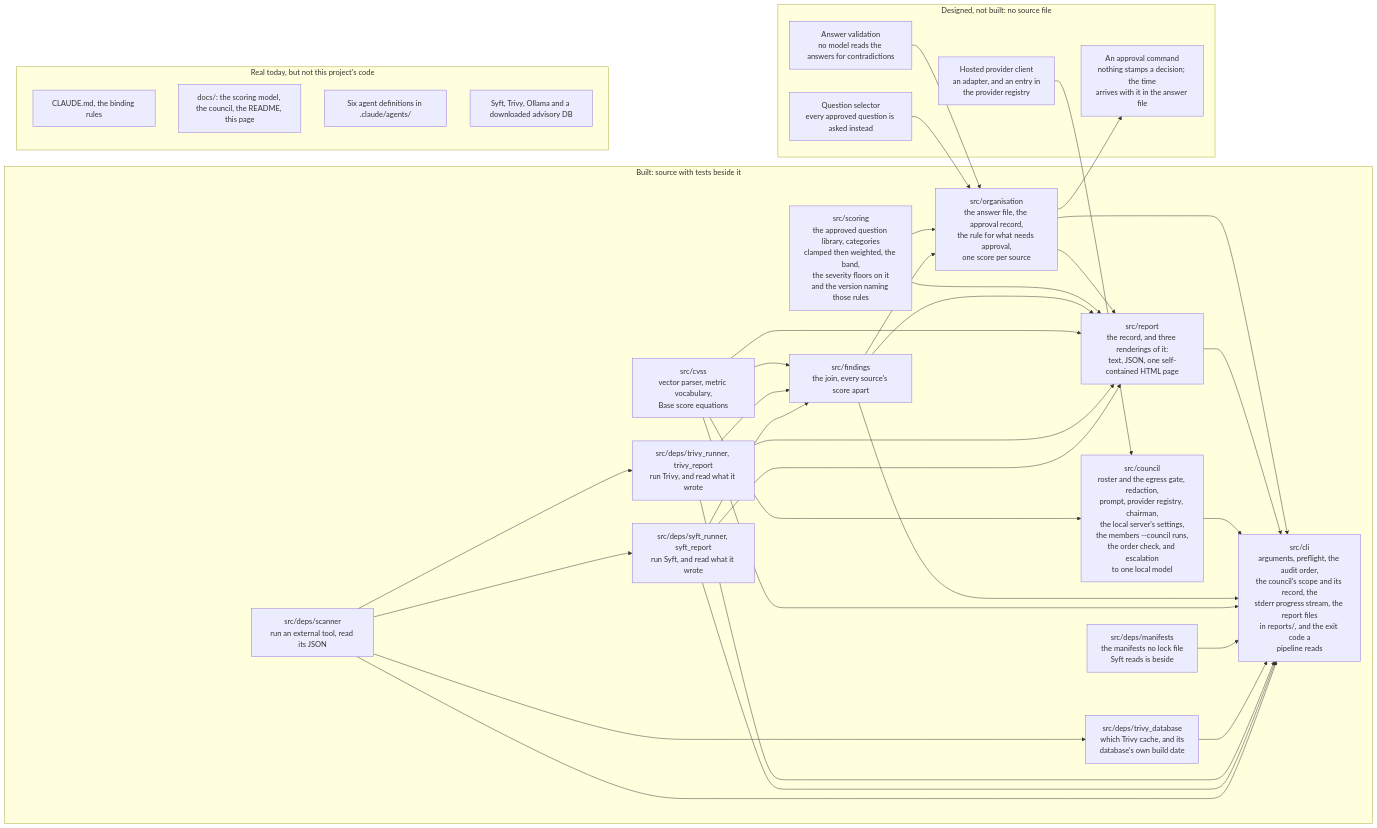
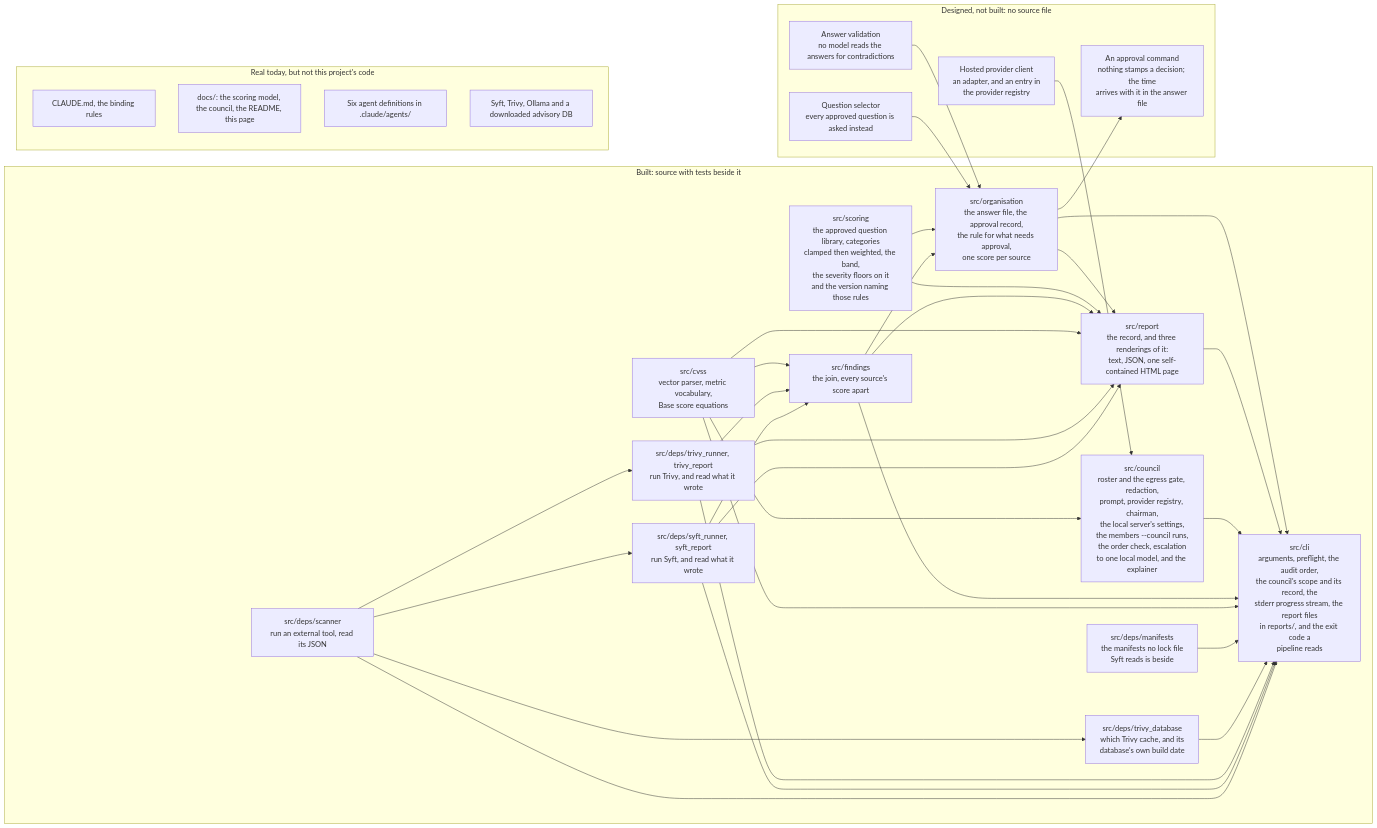
The fifth of 5 diagrams in docs/diagrams.md (heinthtnaung/AgenticLLMAppAuditor), drawn with Mermaid before and after one commit. The commit also changed other lines of this file and 47 other files, not shown here.

````diff
--- a/docs/diagrams.md
+++ b/docs/diagrams.md
@@ -555,61 +576,61 @@
 ```mermaid
 flowchart LR
     subgraph BUILT["Built: source with tests beside it"]
         b0["src/deps/scanner<br/>run an external tool, read its JSON"]
         b1["src/deps/syft_runner, syft_report<br/>run Syft, and read what it wrote"]
         b2["src/deps/trivy_runner, trivy_report<br/>run Trivy, and read what it wrote"]
         b3["src/deps/trivy_database<br/>which Trivy cache, and its<br/>database's own build date"]
         b11["src/deps/manifests<br/>the manifests no lock file<br/>Syft reads is beside"]
         b4["src/cvss<br/>vector parser, metric vocabulary,<br/>Base score equations"]
         b5["src/findings<br/>the join, every source's score apart"]
-        b7["src/council<br/>roster and the egress gate, redaction,<br/>prompt, provider registry, chairman,<br/>the local server's settings,<br/>the members --council runs,<br/>the order check, and escalation<br/>to one local model"]
+        b7["src/council<br/>roster and the egress gate, redaction,<br/>prompt, provider registry, chairman,<br/>the local server's settings,<br/>the members --council runs,<br/>the order check, escalation<br/>to one local model, and the explainer"]
         b8["src/report<br/>the record, and three renderings of it:<br/>text, JSON, one self-contained HTML page"]
         b9["src/cli<br/>arguments, preflight, the audit order,<br/>the council's scope and its record, the<br/>stderr progress stream, the report files<br/>in reports/, and the exit code a<br/>pipeline reads"]
         b6["src/scoring<br/>the approved question library, categories<br/>clamped then weighted, the band,<br/>the severity floors on it<br/>and the version naming those rules"]
         b10["src/organisation<br/>the answer file, the approval record,<br/>the rule for what needs approval,<br/>one score per source"]
         b0 --> b1
         b0 --> b2
         b0 --> b3
         b0 --> b9
         b1 --> b5
         b1 --> b8
         b1 --> b9
         b2 --> b5
         b2 --> b8
         b2 --> b9
         b3 --> b9
         b11 --> b9
         b4 --> b5
         b4 --> b7
         b4 --> b8
         b4 --> b9
         b5 --> b8
         b5 --> b9
         b5 --> b10
         b6 --> b8
         b6 --> b10
         b7 --> b9
         b8 --> b9
         b10 --> b8
         b10 --> b9
     end
 
     subgraph UNBUILT["Designed, not built: no source file"]
         d2["Question selector<br/>every approved question is asked instead"]
         d3["Answer validation<br/>no model reads the answers for contradictions"]
         d6["Hosted provider client<br/>an adapter, and an entry in<br/>the provider registry"]
         d12["An approval command<br/>nothing stamps a decision; the time<br/>arrives with it in the answer file"]
     end
 
     d6 --> b7
     d2 --> b10
     d3 --> b10
     b10 --> d12
 
     subgraph REAL["Real today, but not this project's code"]
         x1["CLAUDE.md, the binding rules"]
         x2["docs/: the scoring model, the council, the README, this page"]
         x3["Six agent definitions in .claude/agents/"]
         x4["Syft, Trivy, Ollama and a downloaded advisory DB"]
     end
 ```
````
